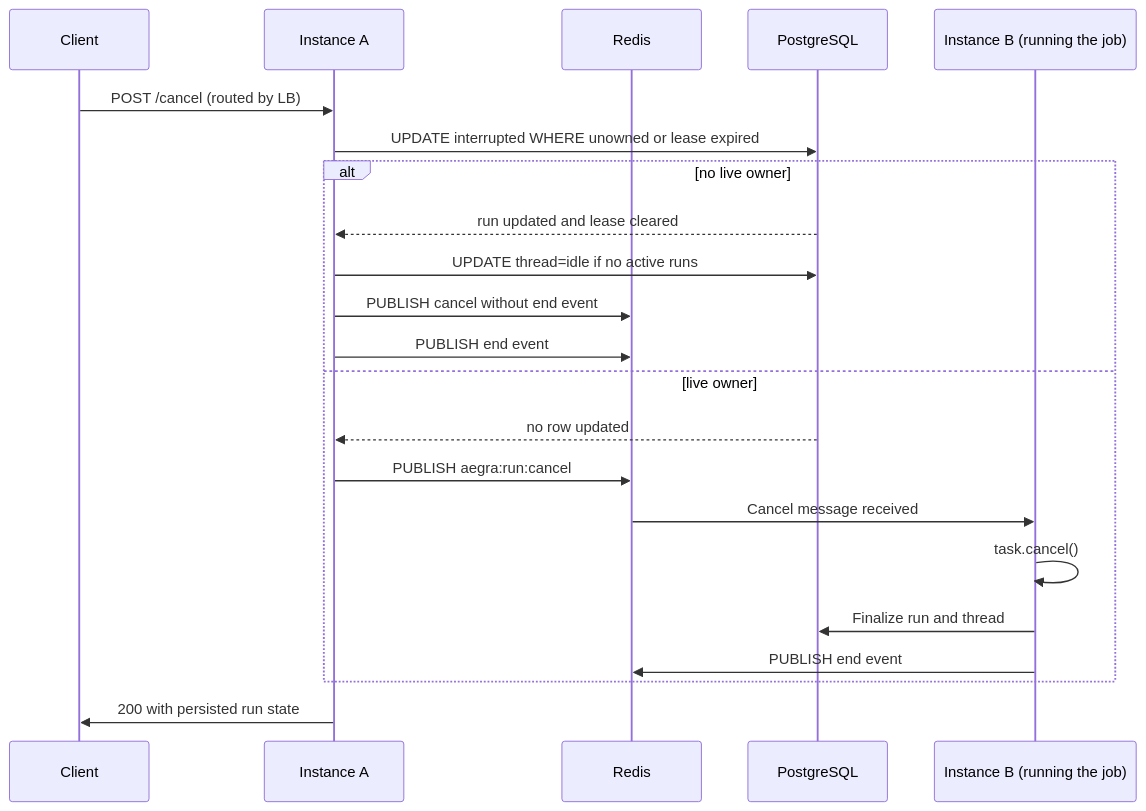
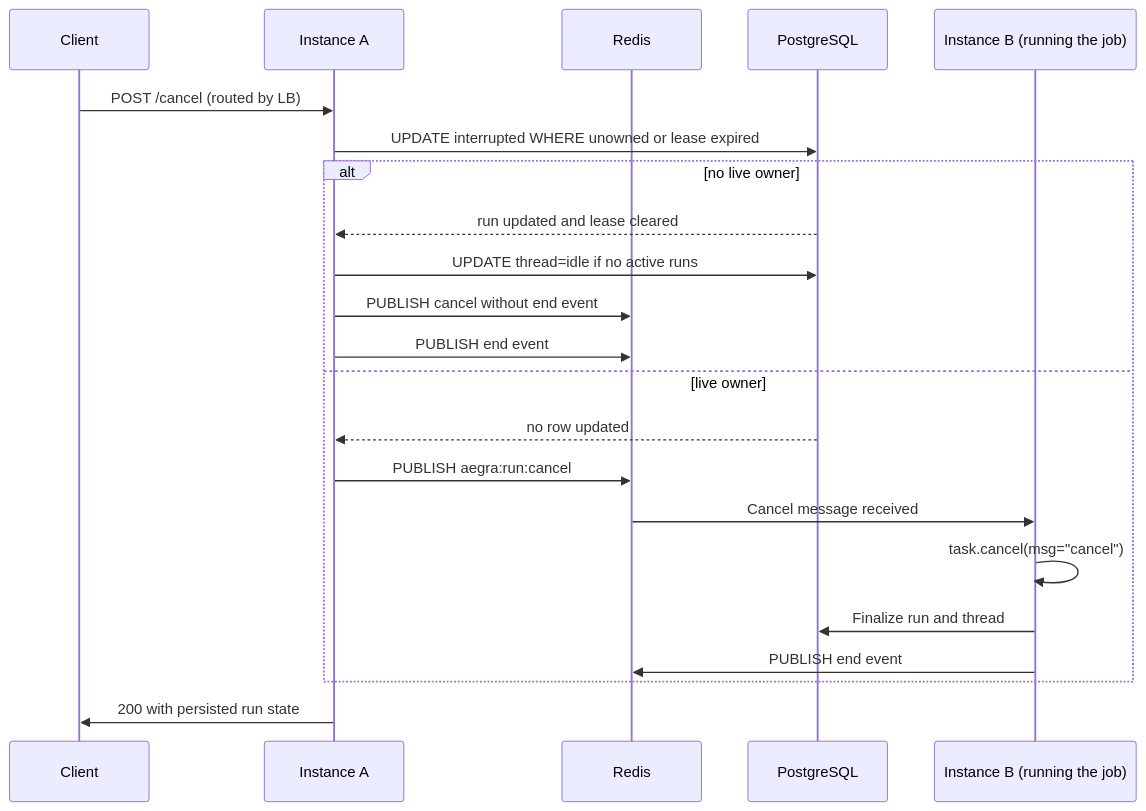
One commit to aegra/aegra changed the sixth of 6 diagrams in docs/guides/worker-architecture.mdx. Above: the diagram before and after it, drawn with Mermaid. The commit also changed other lines of this file and 5 other files, not shown here.

````diff
--- a/docs/guides/worker-architecture.mdx
+++ b/docs/guides/worker-architecture.mdx
@@ -253,25 +255,25 @@
 ```mermaid
 sequenceDiagram
     participant C as Client
     participant A as Instance A
     participant R as Redis
     participant PG as PostgreSQL
     participant B as Instance B (running the job)
 
     C->>A: POST /cancel (routed by LB)
     A->>PG: UPDATE interrupted WHERE unowned or lease expired
     alt no live owner
         PG-->>A: run updated and lease cleared
         A->>PG: UPDATE thread=idle if no active runs
         A->>R: PUBLISH cancel without end event
         A->>R: PUBLISH end event
     else live owner
         PG-->>A: no row updated
         A->>R: PUBLISH aegra:run:cancel
         R->>B: Cancel message received
-        B->>B: task.cancel()
+        B->>B: task.cancel(msg="cancel")
         B->>PG: Finalize run and thread
         B->>R: PUBLISH end event
     end
     A->>C: 200 with persisted run state
 ```
````
